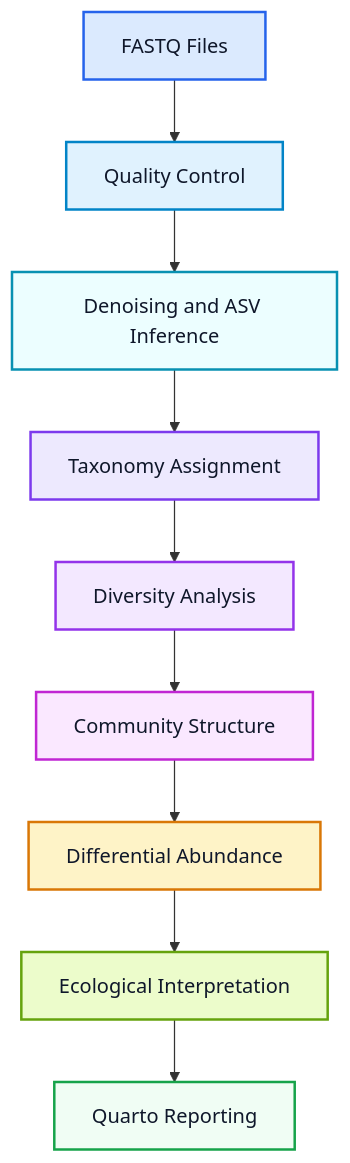
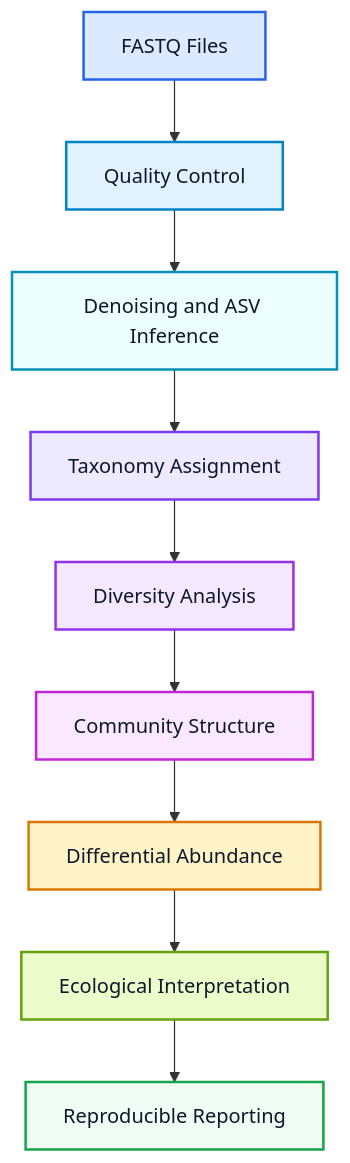
One commit to tmbuza/cdi-omics-systems changed the diagram in 02-microbiome.qmd. Above: the diagram before and after it, drawn with Mermaid. The commit also changed other lines of this file and 43 other files, not shown here.

Commit message:
Update omics systems architecture with proteomics build

````diff
--- a/02-microbiome.qmd
+++ b/02-microbiome.qmd
@@ -7,57 +67,32 @@
 ```{mermaid}
-
 flowchart TD
 
     A[FASTQ Files]
-
     B[Quality Control]
-
     C[Denoising and ASV Inference]
-
     D[Taxonomy Assignment]
-
     E[Diversity Analysis]
-
     F[Community Structure]
-
     G[Differential Abundance]
-
     H[Ecological Interpretation]
-
-    I[Quarto Reporting]
+    I[Reproducible Reporting]
 
     A --> B
-
     B --> C
-
     C --> D
-
     D --> E
-
     E --> F
-
     F --> G
-
     G --> H
-
     H --> I
 
     style A fill:#dbeafe,stroke:#2563eb,stroke-width:2px,color:#0f172a
-
     style B fill:#e0f2fe,stroke:#0284c7,stroke-width:2px,color:#0f172a
-
     style C fill:#ecfeff,stroke:#0891b2,stroke-width:2px,color:#0f172a
-
     style D fill:#ede9fe,stroke:#7c3aed,stroke-width:2px,color:#0f172a
-
     style E fill:#f3e8ff,stroke:#9333ea,stroke-width:2px,color:#0f172a
-
     style F fill:#fae8ff,stroke:#c026d3,stroke-width:2px,color:#0f172a
-
     style G fill:#fef3c7,stroke:#d97706,stroke-width:2px,color:#0f172a
-
     style H fill:#ecfccb,stroke:#65a30d,stroke-width:2px,color:#0f172a
-
     style I fill:#f0fdf4,stroke:#16a34a,stroke-width:2px,color:#0f172a
-
 ```
````
